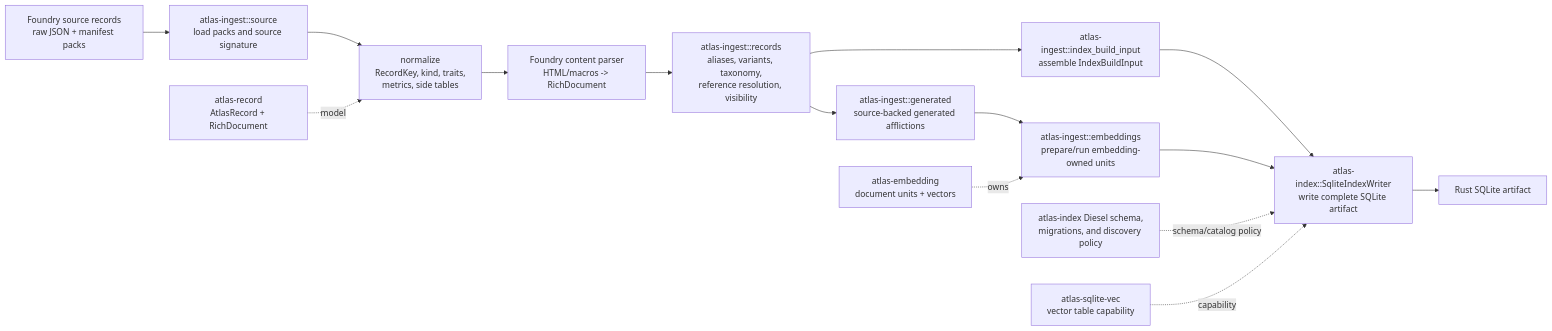
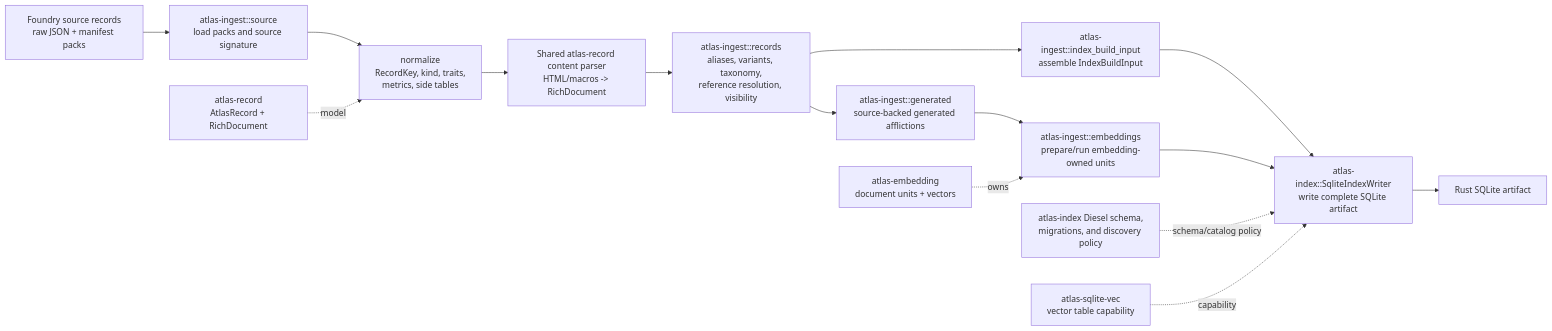
Before and after one commit to e-kosten/pf2e-atlas: the second of 4 diagrams in docs/architecture/runtime.md, drawn with Mermaid. The commit also changed other lines of this file and 30 other files, not shown here.

Commit message:
feat: add shared source content preparation

````diff
--- a/docs/architecture/runtime.md
+++ b/docs/architecture/runtime.md
@@ -91,18 +91,18 @@
 ```mermaid
 flowchart LR
     raw["Foundry source records<br/>raw JSON + manifest packs"] --> load["atlas-ingest::source<br/>load packs and source signature"]
     load --> normalize["normalize<br/>RecordKey, kind, traits,<br/>metrics, side tables"]
-    normalize --> content["Foundry content parser<br/>HTML/macros -> RichDocument"]
+    normalize --> content["Shared atlas-record content parser<br/>HTML/macros -> RichDocument"]
     content --> enrich["atlas-ingest::records<br/>aliases, variants, taxonomy,<br/>reference resolution, visibility"]
     enrich --> generated["atlas-ingest::generated<br/>source-backed generated afflictions"]
     generated --> embedPrep["atlas-ingest::embeddings<br/>prepare/run embedding-owned units"]
     enrich --> buildInput["atlas-ingest::index_build_input<br/>assemble IndexBuildInput"]
     buildInput --> writer["atlas-index::SqliteIndexWriter<br/>write complete SQLite artifact"]
     embedPrep --> writer
     writer --> sqlite["Rust SQLite artifact"]
 
     record["atlas-record<br/>AtlasRecord + RichDocument"] -. model .-> normalize
     artifactSchema["atlas-index Diesel schema,<br/>migrations, and discovery policy"] -. schema/catalog policy .-> writer
     embedding["atlas-embedding<br/>document units + vectors"] -. owns .-> embedPrep
     sqliteVec["atlas-sqlite-vec<br/>vector table capability"] -. capability .-> writer
 ```
````
